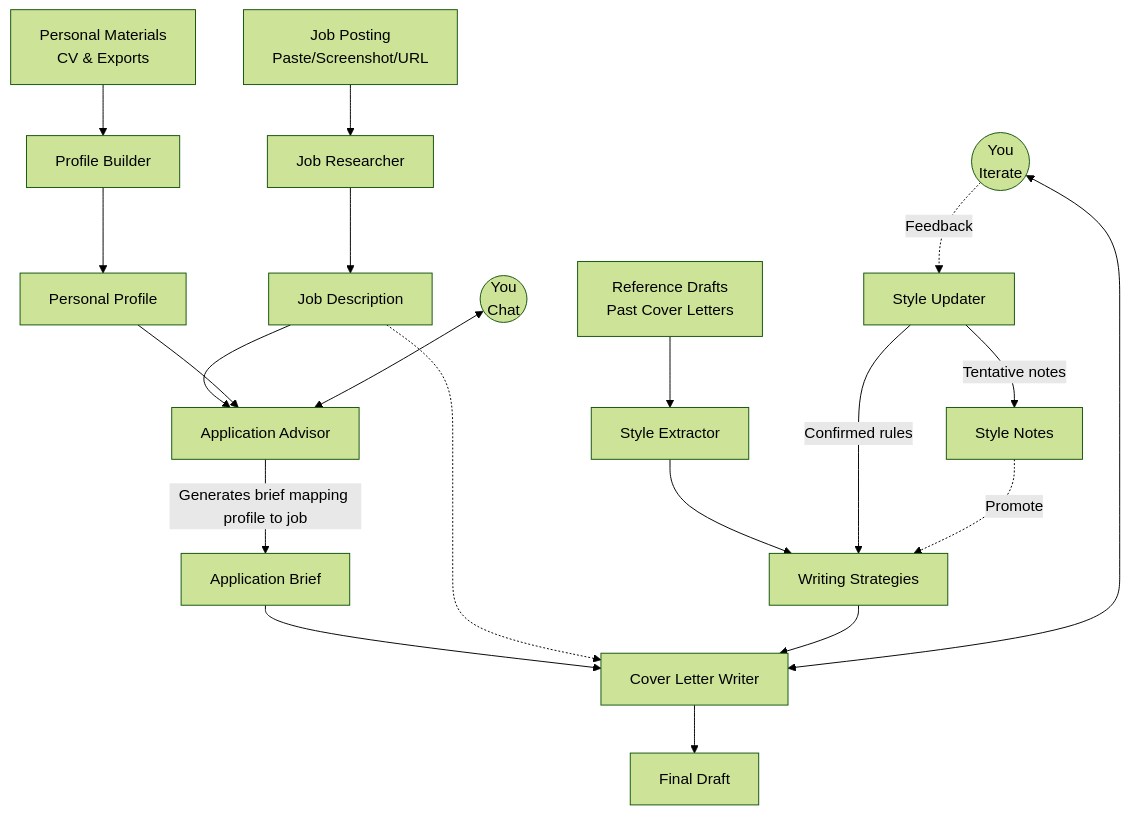
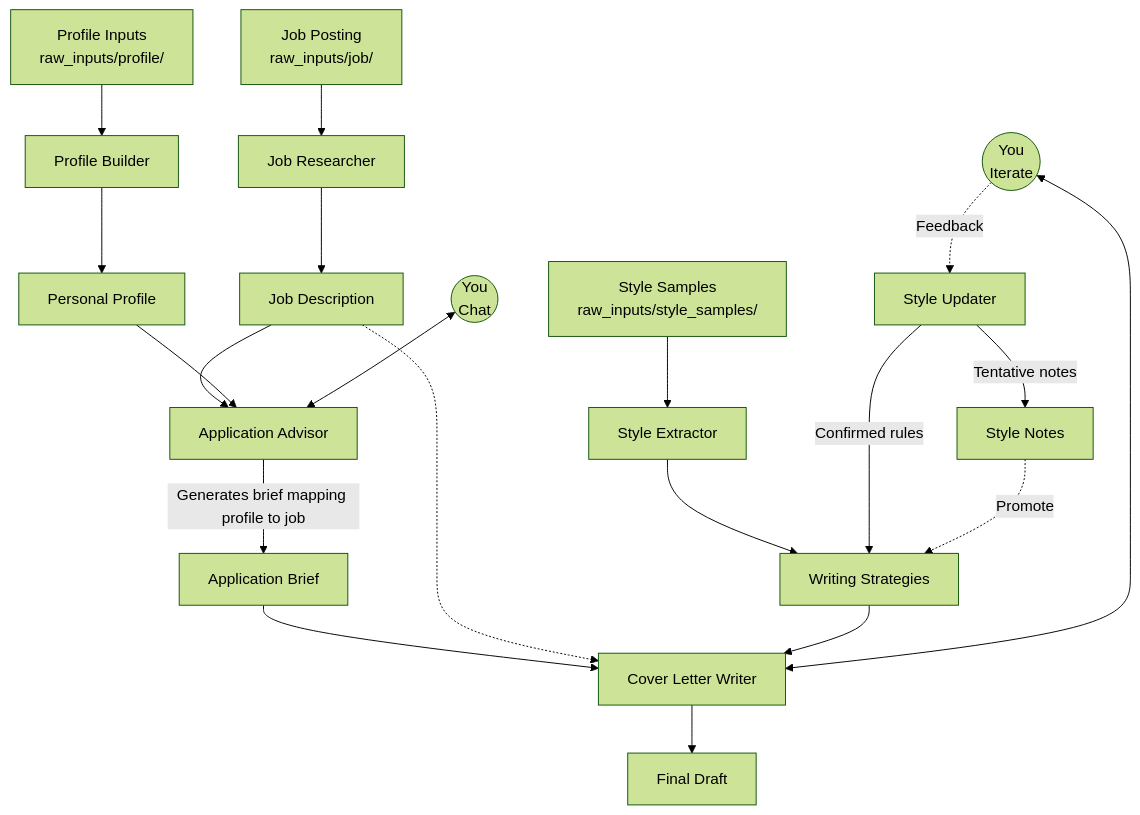
The first of 2 diagrams in README.md (Fandy-ust/cover-letter-assistant), drawn with Mermaid (forest theme) before and after one commit. The commit also changed other lines of this file and 8 other files, not shown here.

First line of the commit message:
Unify flexible input guidance and profile memory location.

````diff
--- a/README.md
+++ b/README.md
@@ -13,32 +63,32 @@
 ```mermaid
 flowchart TD
     %% One-time setup
-    Personal["Personal Materials<br>CV & Exports"] --> PB[Profile Builder]
+    Personal["Profile Inputs<br>raw_inputs/profile/"] --> PB[Profile Builder]
     PB --> Profile[Personal Profile]
 
-    Refs["Reference Drafts<br>Past Cover Letters"] --> Extractor[Style Extractor]
+    Refs["Style Samples<br>raw_inputs/style_samples/"] --> Extractor[Style Extractor]
     Extractor --> StyleHard[Writing Strategies]
     
     %% Job input & research
-    JobInput["Job Posting<br>Paste/Screenshot/URL"] --> JR[Job Researcher]
+    JobInput["Job Posting<br>raw_inputs/job/"] --> JR[Job Researcher]
     JR --> JD[Job Description]
 
     %% Advisor Phase
     JD --> AA[Application Advisor]
     Profile --> AA
     UserAdvisor(("You<br>Chat")) <--> AA
     AA -->|"Generates brief mapping profile to job"| Brief[Application Brief]
     
     %% Writer Phase
     Brief --> CW[Cover Letter Writer]
     JD -.-> CW
     StyleHard --> CW
     UserWriter(("You<br>Iterate")) <--> CW
     CW --> Draft[Final Draft]
 
     %% Style Feedback Loop
     UserWriter -.->|"Feedback"| SU[Style Updater]
     SU -->|"Confirmed rules"| StyleHard
     SU -->|"Tentative notes"| StyleSoft[Style Notes]
     StyleSoft -.->|"Promote"| StyleHard
 ```
````
